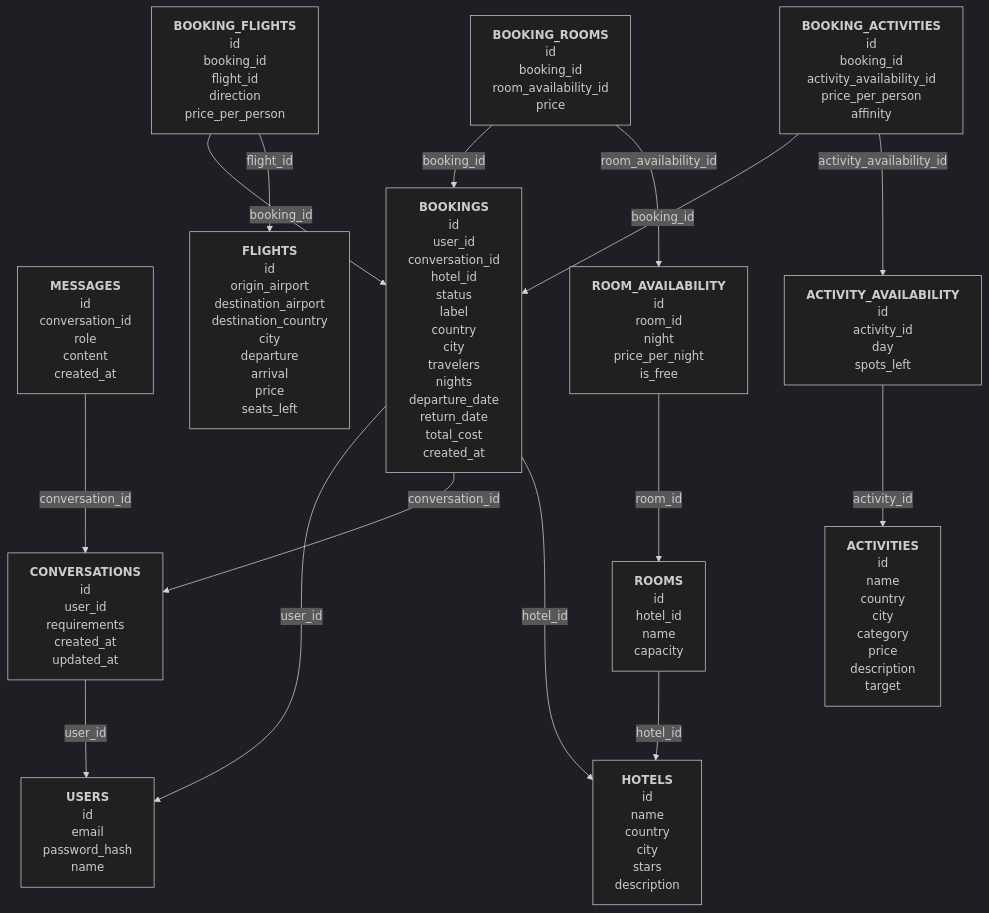
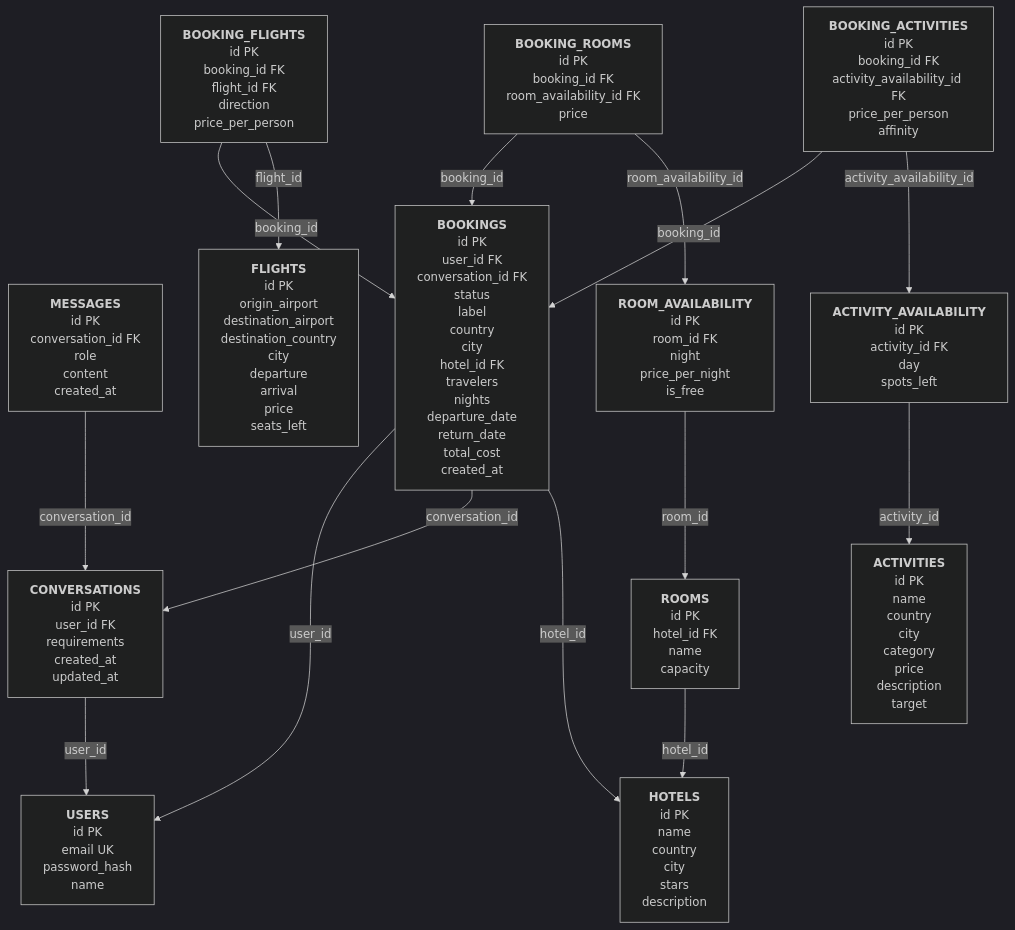
Before and after one commit to soniafoco/Virtual-Travel-Assistant: the diagram in docs/db-diagram.md, drawn with Mermaid (dark theme). The commit also changed other lines of this file, not shown here.

Commit message:
updates db diagram

````diff
--- a/docs/db-diagram.md
+++ b/docs/db-diagram.md
@@ -7,43 +7,43 @@
 ```mermaid
 flowchart TD
-    USERS["<b>USERS</b><br/>id<br/>email<br/>password_hash<br/>name"]
+    USERS["<b>USERS</b><br/>id PK<br/>email UK<br/>password_hash<br/>name"]
 
-    CONVERSATIONS["<b>CONVERSATIONS</b><br/>id<br/>user_id<br/>requirements<br/>created_at<br/>updated_at"]
+    CONVERSATIONS["<b>CONVERSATIONS</b><br/>id PK<br/>user_id FK<br/>requirements<br/>created_at<br/>updated_at"]
 
-    MESSAGES["<b>MESSAGES</b><br/>id<br/>conversation_id<br/>role<br/>content<br/>created_at"]
+    MESSAGES["<b>MESSAGES</b><br/>id PK<br/>conversation_id FK<br/>role<br/>content<br/>created_at"]
 
-    BOOKINGS["<b>BOOKINGS</b><br/>id<br/>user_id<br/>conversation_id<br/>hotel_id<br/>status<br/>label<br/>country<br/>city<br/>travelers<br/>nights<br/>departure_date<br/>return_date<br/>total_cost<br/>created_at"]
+    BOOKINGS["<b>BOOKINGS</b><br/>id PK<br/>user_id FK<br/>conversation_id FK<br/>status<br/>label<br/>country<br/>city<br/>hotel_id FK<br/>travelers<br/>nights<br/>departure_date<br/>return_date<br/>total_cost<br/>created_at"]
 
-    BOOKING_FLIGHTS["<b>BOOKING_FLIGHTS</b><br/>id<br/>booking_id<br/>flight_id<br/>direction<br/>price_per_person"]
+    BOOKING_FLIGHTS["<b>BOOKING_FLIGHTS</b><br/>id PK<br/>booking_id FK<br/>flight_id FK<br/>direction<br/>price_per_person"]
 
-    BOOKING_ROOMS["<b>BOOKING_ROOMS</b><br/>id<br/>booking_id<br/>room_availability_id<br/>price"]
+    BOOKING_ROOMS["<b>BOOKING_ROOMS</b><br/>id PK<br/>booking_id FK<br/>room_availability_id FK<br/>price"]
 
-    BOOKING_ACTIVITIES["<b>BOOKING_ACTIVITIES</b><br/>id<br/>booking_id<br/>activity_availability_id<br/>price_per_person<br/>affinity"]
+    BOOKING_ACTIVITIES["<b>BOOKING_ACTIVITIES</b><br/>id PK<br/>booking_id FK<br/>activity_availability_id FK<br/>price_per_person<br/>affinity"]
 
-    FLIGHTS["<b>FLIGHTS</b><br/>id<br/>origin_airport<br/>destination_airport<br/>destination_country<br/>city<br/>departure<br/>arrival<br/>price<br/>seats_left"]
+    FLIGHTS["<b>FLIGHTS</b><br/>id PK<br/>origin_airport<br/>destination_airport<br/>destination_country<br/>city<br/>departure<br/>arrival<br/>price<br/>seats_left"]
 
-    HOTELS["<b>HOTELS</b><br/>id<br/>name<br/>country<br/>city<br/>stars<br/>description"]
+    HOTELS["<b>HOTELS</b><br/>id PK<br/>name<br/>country<br/>city<br/>stars<br/>description"]
 
-    ROOMS["<b>ROOMS</b><br/>id<br/>hotel_id<br/>name<br/>capacity"]
+    ROOMS["<b>ROOMS</b><br/>id PK<br/>hotel_id FK<br/>name<br/>capacity"]
 
-    ROOM_AVAILABILITY["<b>ROOM_AVAILABILITY</b><br/>id<br/>room_id<br/>night<br/>price_per_night<br/>is_free"]
+    ROOM_AVAILABILITY["<b>ROOM_AVAILABILITY</b><br/>id PK<br/>room_id FK<br/>night<br/>price_per_night<br/>is_free"]
 
-    ACTIVITIES["<b>ACTIVITIES</b><br/>id<br/>name<br/>country<br/>city<br/>category<br/>price<br/>description<br/>target"]
+    ACTIVITIES["<b>ACTIVITIES</b><br/>id PK<br/>name<br/>country<br/>city<br/>category<br/>price<br/>description<br/>target"]
 
-    ACTIVITY_AVAILABILITY["<b>ACTIVITY_AVAILABILITY</b><br/>id<br/>activity_id<br/>day<br/>spots_left"]
+    ACTIVITY_AVAILABILITY["<b>ACTIVITY_AVAILABILITY</b><br/>id PK<br/>activity_id FK<br/>day<br/>spots_left"]
 
     CONVERSATIONS -- user_id --> USERS
     MESSAGES -- conversation_id --> CONVERSATIONS
     BOOKINGS -- user_id --> USERS
     BOOKINGS -- conversation_id --> CONVERSATIONS
     BOOKINGS -- hotel_id --> HOTELS
     BOOKING_FLIGHTS -- booking_id --> BOOKINGS
     BOOKING_FLIGHTS -- flight_id --> FLIGHTS
     BOOKING_ROOMS -- booking_id --> BOOKINGS
     BOOKING_ROOMS -- room_availability_id --> ROOM_AVAILABILITY
     BOOKING_ACTIVITIES -- booking_id --> BOOKINGS
     BOOKING_ACTIVITIES -- activity_availability_id --> ACTIVITY_AVAILABILITY
     ROOMS -- hotel_id --> HOTELS
     ROOM_AVAILABILITY -- room_id --> ROOMS
     ACTIVITY_AVAILABILITY -- activity_id --> ACTIVITIES
 ```
````
